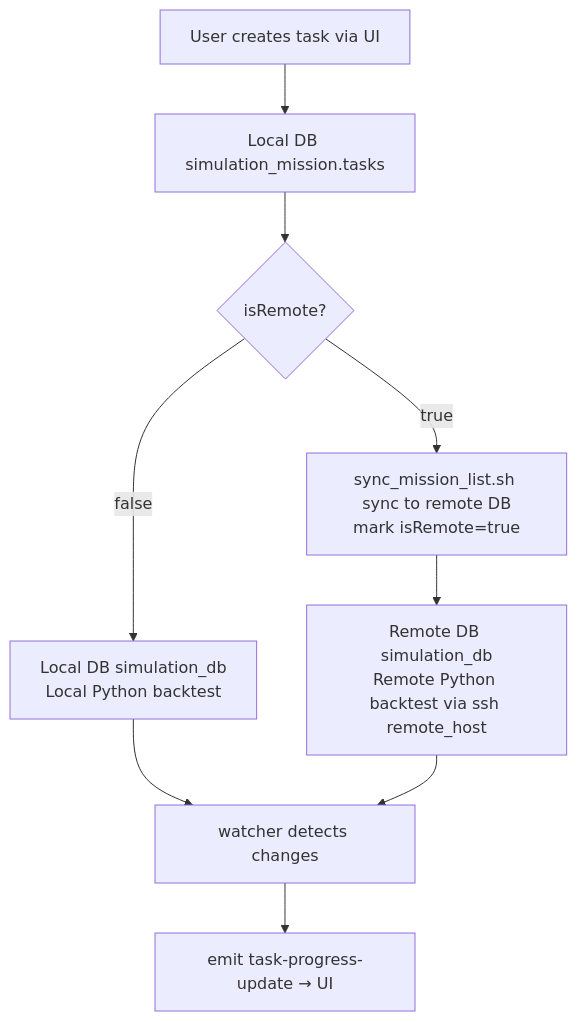
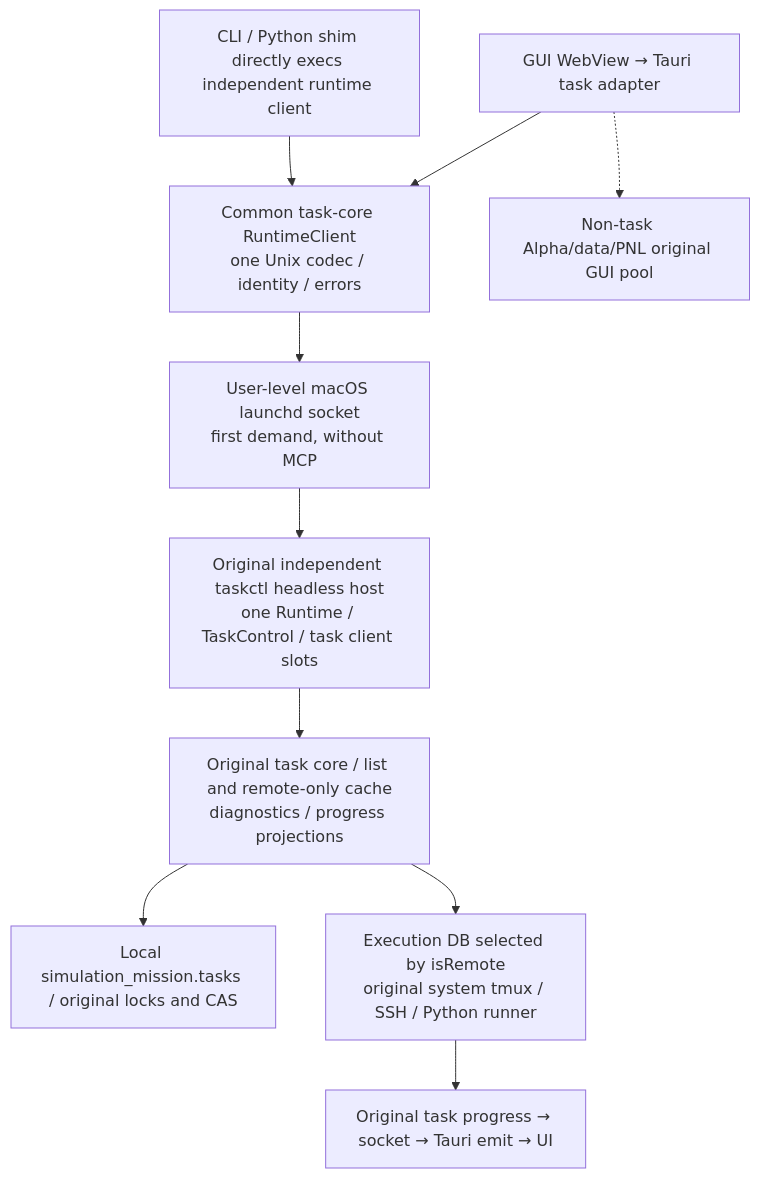
The diagram in docs/architecture.en.md (roshameow/quantnight-frontend), drawn with Mermaid before and after one commit. The commit also changed other lines of this file and 78 other files, not shown here.

First line of the commit message:
feat(task-control): share persistent runtime between GUI and CLI

````diff
--- a/docs/architecture.en.md
+++ b/docs/architecture.en.md
@@ -30,11 +49,12 @@
 ```mermaid
 graph TD
-    A[User creates task via UI] --> B[Local DB simulation_mission.tasks]
-    B --> C{isRemote?}
-    C -- false --> D[Local DB simulation_db<br/>Local Python backtest]
-    C -- true --> E[sync_mission_list.sh sync to remote DB<br/>mark isRemote=true]
-    E --> F[Remote DB simulation_db<br/>Remote Python backtest via ssh remote_host]
-    D --> G[watcher detects changes]
-    F --> G
-    G --> H[emit task-progress-update → UI]
+    UI["GUI WebView → Tauri task adapter"] --> C["Common task-core RuntimeClient<br/>one Unix codec / identity / errors"]
+    CLI["CLI / Python shim directly execs independent runtime client"] --> C
+    C --> S["User-level macOS launchd socket<br/>first demand, without MCP"]
+    S --> H["Original independent taskctl headless host<br/>one Runtime / TaskControl / task client slots"]
+    H --> T["Original task core / list and remote-only cache<br/>diagnostics / progress projections"]
+    T --> B["Local simulation_mission.tasks / original locks and CAS"]
+    T --> E["Execution DB selected by isRemote<br/>original system tmux / SSH / Python runner"]
+    E --> P["Original task progress → socket → Tauri emit → UI"]
+    UI -.-> N["Non-task Alpha/data/PNL original GUI pool"]
 ```
````
